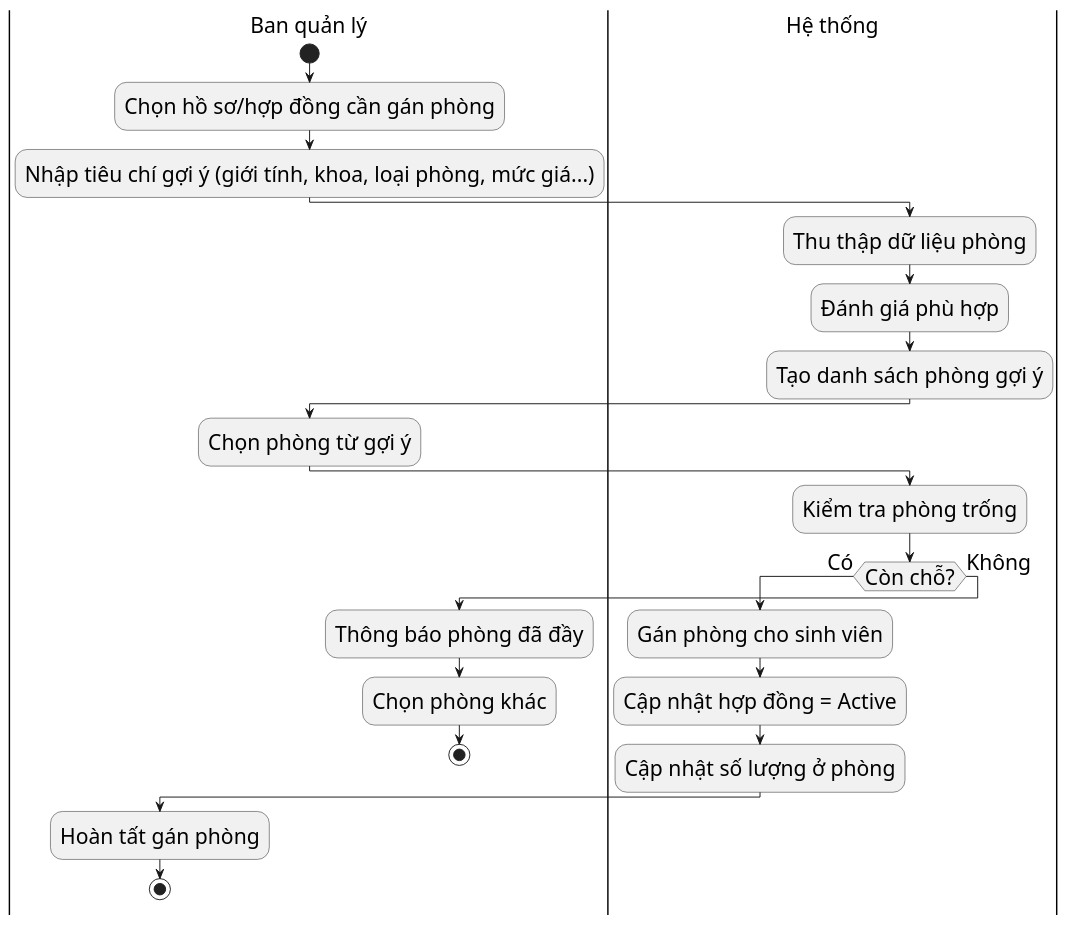
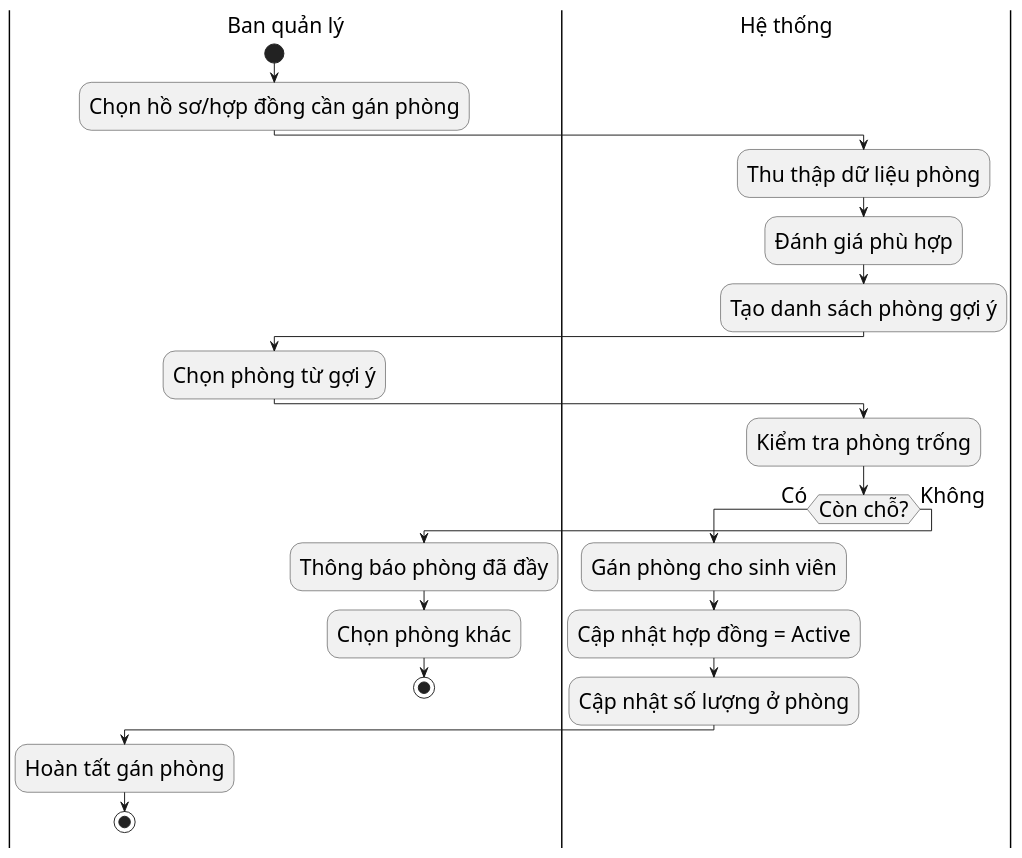
The diagram in diagrams/nhomphonghopdong/room_assignment_activity.puml (s0nbuildtech287/dormitory-frontend), drawn with PlantUML before and after one commit. The commit also changed 3 other files, not shown here.

```diff
--- a/diagrams/nhomphonghopdong/room_assignment_activity.puml
+++ b/diagrams/nhomphonghopdong/room_assignment_activity.puml
@@ -1,29 +1,28 @@
 @startuml "Room Assignment Activity"
 skinparam defaultFontSize 22
 skinparam defaultFontName "Times New Roman"
 |Ban quản lý|
 start
 :Chọn hồ sơ/hợp đồng cần gán phòng;
-:Nhập tiêu chí gợi ý (giới tính, khoa, loại phòng, mức giá...);
 |Hệ thống|
 :Thu thập dữ liệu phòng;
 :Đánh giá phù hợp;
 :Tạo danh sách phòng gợi ý;
 |Ban quản lý|
 :Chọn phòng từ gợi ý;
 |Hệ thống|
 :Kiểm tra phòng trống;
 if (Còn chỗ?) then (Có)
   :Gán phòng cho sinh viên;
   :Cập nhật hợp đồng = Active;
   :Cập nhật số lượng ở phòng;
   |Ban quản lý|
   :Hoàn tất gán phòng;
   stop
 else (Không)
   :Thông báo phòng đã đầy;
   |Ban quản lý|
   :Chọn phòng khác;
   stop
 endif
 @enduml
```
